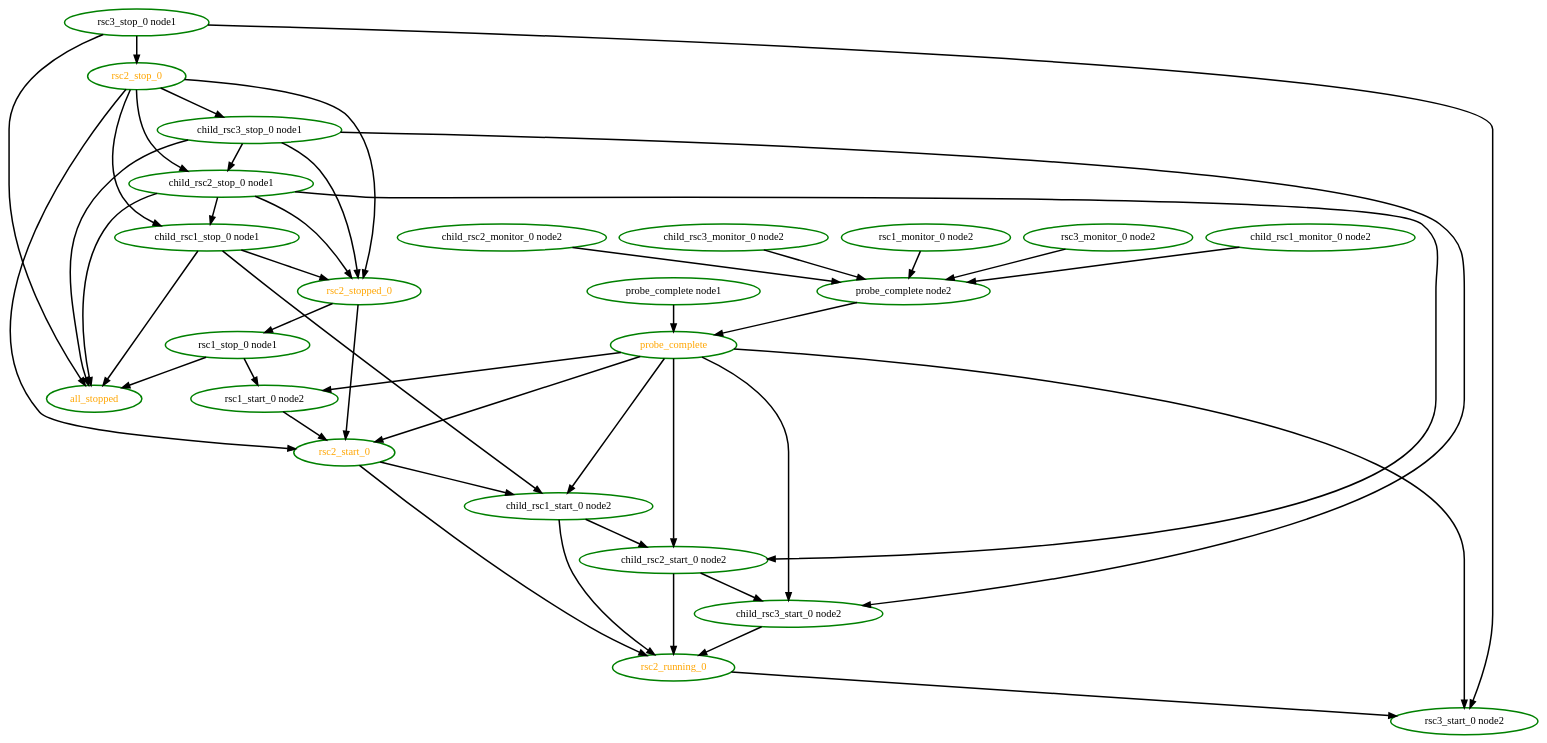
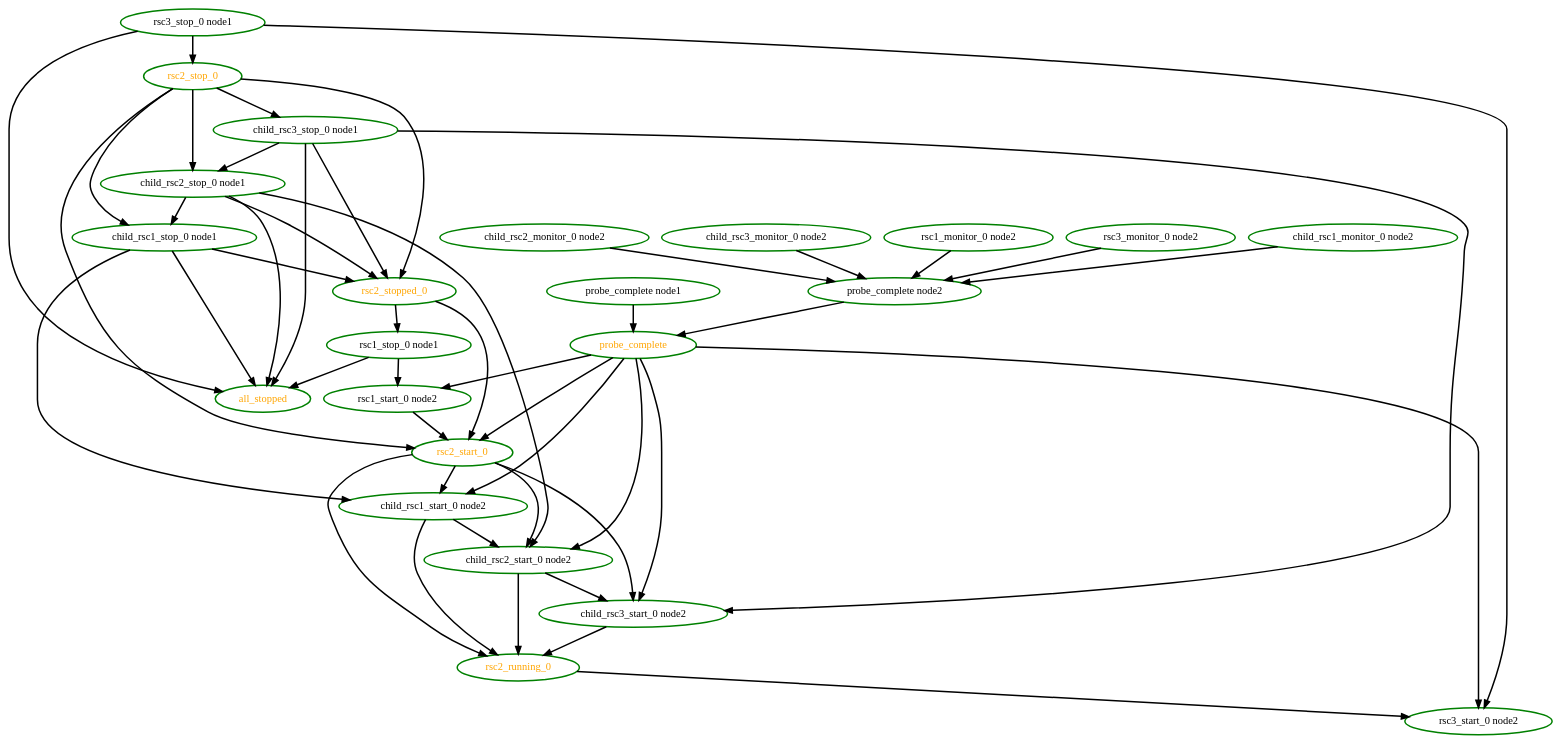
Before and after one commit to linux-ha-japan/pm_diskd: the diagram in pengine/testcases/group5.dot, drawn with Graphviz. The commit also changed 57 other files, not shown here.

Commit message:
High: PE: Group start ordering fixes Ensure group.start is included in the graph if any of its members are starting.  This allows it to be ordered after group.stopped and group.demoted actions (if any member of the group is being stopped or demoted)

```diff
--- a/pengine/testcases/group5.dot
+++ b/pengine/testcases/group5.dot
@@ -1,70 +1,72 @@
  digraph "g" {
 "all_stopped" [ style=bold color="green" fontcolor="orange"  ]
 "child_rsc1_monitor_0 node2" -> "probe_complete node2" [ style = bold]
 "child_rsc1_monitor_0 node2" [ style=bold color="green" fontcolor="black" ]
 "child_rsc1_start_0 node2" -> "child_rsc2_start_0 node2" [ style = bold]
 "child_rsc1_start_0 node2" -> "rsc2_running_0" [ style = bold]
 "child_rsc1_start_0 node2" [ style=bold color="green" fontcolor="black" ]
 "child_rsc1_stop_0 node1" -> "all_stopped" [ style = bold]
 "child_rsc1_stop_0 node1" -> "child_rsc1_start_0 node2" [ style = bold]
 "child_rsc1_stop_0 node1" -> "rsc2_stopped_0" [ style = bold]
 "child_rsc1_stop_0 node1" [ style=bold color="green" fontcolor="black" ]
 "child_rsc2_monitor_0 node2" -> "probe_complete node2" [ style = bold]
 "child_rsc2_monitor_0 node2" [ style=bold color="green" fontcolor="black" ]
 "child_rsc2_start_0 node2" -> "child_rsc3_start_0 node2" [ style = bold]
 "child_rsc2_start_0 node2" -> "rsc2_running_0" [ style = bold]
 "child_rsc2_start_0 node2" [ style=bold color="green" fontcolor="black" ]
 "child_rsc2_stop_0 node1" -> "all_stopped" [ style = bold]
 "child_rsc2_stop_0 node1" -> "child_rsc1_stop_0 node1" [ style = bold]
 "child_rsc2_stop_0 node1" -> "child_rsc2_start_0 node2" [ style = bold]
 "child_rsc2_stop_0 node1" -> "rsc2_stopped_0" [ style = bold]
 "child_rsc2_stop_0 node1" [ style=bold color="green" fontcolor="black" ]
 "child_rsc3_monitor_0 node2" -> "probe_complete node2" [ style = bold]
 "child_rsc3_monitor_0 node2" [ style=bold color="green" fontcolor="black" ]
 "child_rsc3_start_0 node2" -> "rsc2_running_0" [ style = bold]
 "child_rsc3_start_0 node2" [ style=bold color="green" fontcolor="black" ]
 "child_rsc3_stop_0 node1" -> "all_stopped" [ style = bold]
 "child_rsc3_stop_0 node1" -> "child_rsc2_stop_0 node1" [ style = bold]
 "child_rsc3_stop_0 node1" -> "child_rsc3_start_0 node2" [ style = bold]
 "child_rsc3_stop_0 node1" -> "rsc2_stopped_0" [ style = bold]
 "child_rsc3_stop_0 node1" [ style=bold color="green" fontcolor="black" ]
 "probe_complete node1" -> "probe_complete" [ style = bold]
 "probe_complete node1" [ style=bold color="green" fontcolor="black" ]
 "probe_complete node2" -> "probe_complete" [ style = bold]
 "probe_complete node2" [ style=bold color="green" fontcolor="black" ]
 "probe_complete" -> "child_rsc1_start_0 node2" [ style = bold]
 "probe_complete" -> "child_rsc2_start_0 node2" [ style = bold]
 "probe_complete" -> "child_rsc3_start_0 node2" [ style = bold]
 "probe_complete" -> "rsc1_start_0 node2" [ style = bold]
 "probe_complete" -> "rsc2_start_0" [ style = bold]
 "probe_complete" -> "rsc3_start_0 node2" [ style = bold]
 "probe_complete" [ style=bold color="green" fontcolor="orange" ]
 "rsc1_monitor_0 node2" -> "probe_complete node2" [ style = bold]
 "rsc1_monitor_0 node2" [ style=bold color="green" fontcolor="black" ]
 "rsc1_start_0 node2" -> "rsc2_start_0" [ style = bold]
 "rsc1_start_0 node2" [ style=bold color="green" fontcolor="black" ]
 "rsc1_stop_0 node1" -> "all_stopped" [ style = bold]
 "rsc1_stop_0 node1" -> "rsc1_start_0 node2" [ style = bold]
 "rsc1_stop_0 node1" [ style=bold color="green" fontcolor="black" ]
 "rsc2_running_0" -> "rsc3_start_0 node2" [ style = bold]
 "rsc2_running_0" [ style=bold color="green" fontcolor="orange" ]
 "rsc2_start_0" -> "child_rsc1_start_0 node2" [ style = bold]
+"rsc2_start_0" -> "child_rsc2_start_0 node2" [ style = bold]
+"rsc2_start_0" -> "child_rsc3_start_0 node2" [ style = bold]
 "rsc2_start_0" -> "rsc2_running_0" [ style = bold]
 "rsc2_start_0" [ style=bold color="green" fontcolor="orange" ]
 "rsc2_stop_0" -> "child_rsc1_stop_0 node1" [ style = bold]
 "rsc2_stop_0" -> "child_rsc2_stop_0 node1" [ style = bold]
 "rsc2_stop_0" -> "child_rsc3_stop_0 node1" [ style = bold]
 "rsc2_stop_0" -> "rsc2_start_0" [ style = bold]
 "rsc2_stop_0" -> "rsc2_stopped_0" [ style = bold]
 "rsc2_stop_0" [ style=bold color="green" fontcolor="orange" ]
 "rsc2_stopped_0" -> "rsc1_stop_0 node1" [ style = bold]
 "rsc2_stopped_0" -> "rsc2_start_0" [ style = bold]
 "rsc2_stopped_0" [ style=bold color="green" fontcolor="orange" ]
 "rsc3_monitor_0 node2" -> "probe_complete node2" [ style = bold]
 "rsc3_monitor_0 node2" [ style=bold color="green" fontcolor="black" ]
 "rsc3_start_0 node2" [ style=bold color="green" fontcolor="black" ]
 "rsc3_stop_0 node1" -> "all_stopped" [ style = bold]
 "rsc3_stop_0 node1" -> "rsc2_stop_0" [ style = bold]
 "rsc3_stop_0 node1" -> "rsc3_start_0 node2" [ style = bold]
 "rsc3_stop_0 node1" [ style=bold color="green" fontcolor="black" ]
 }
```
